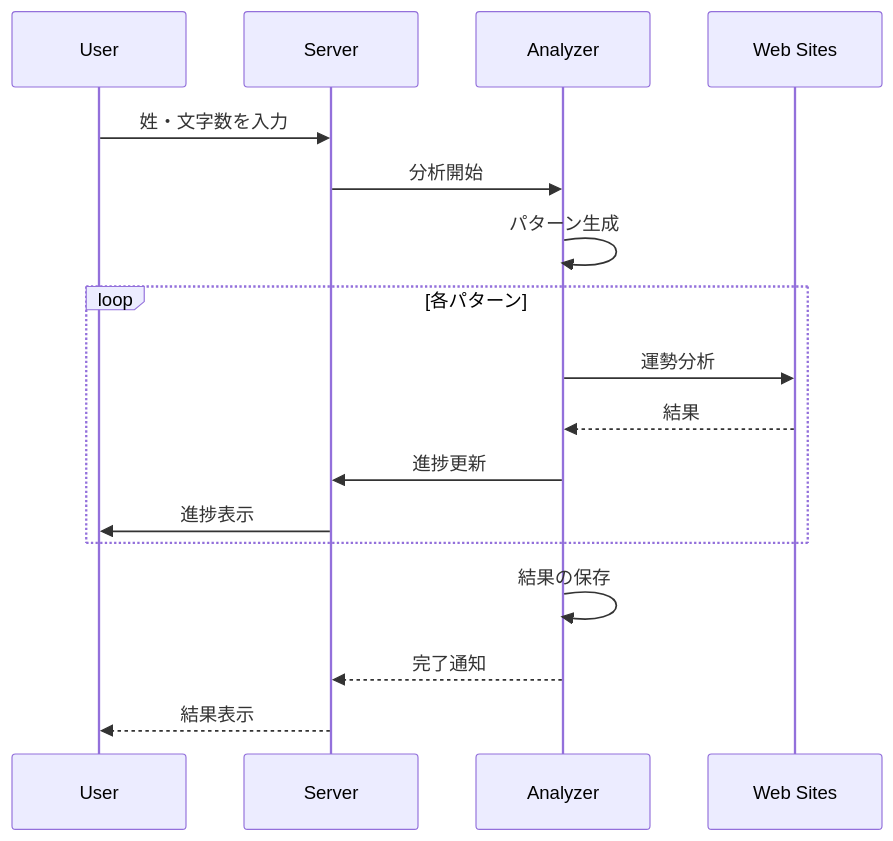
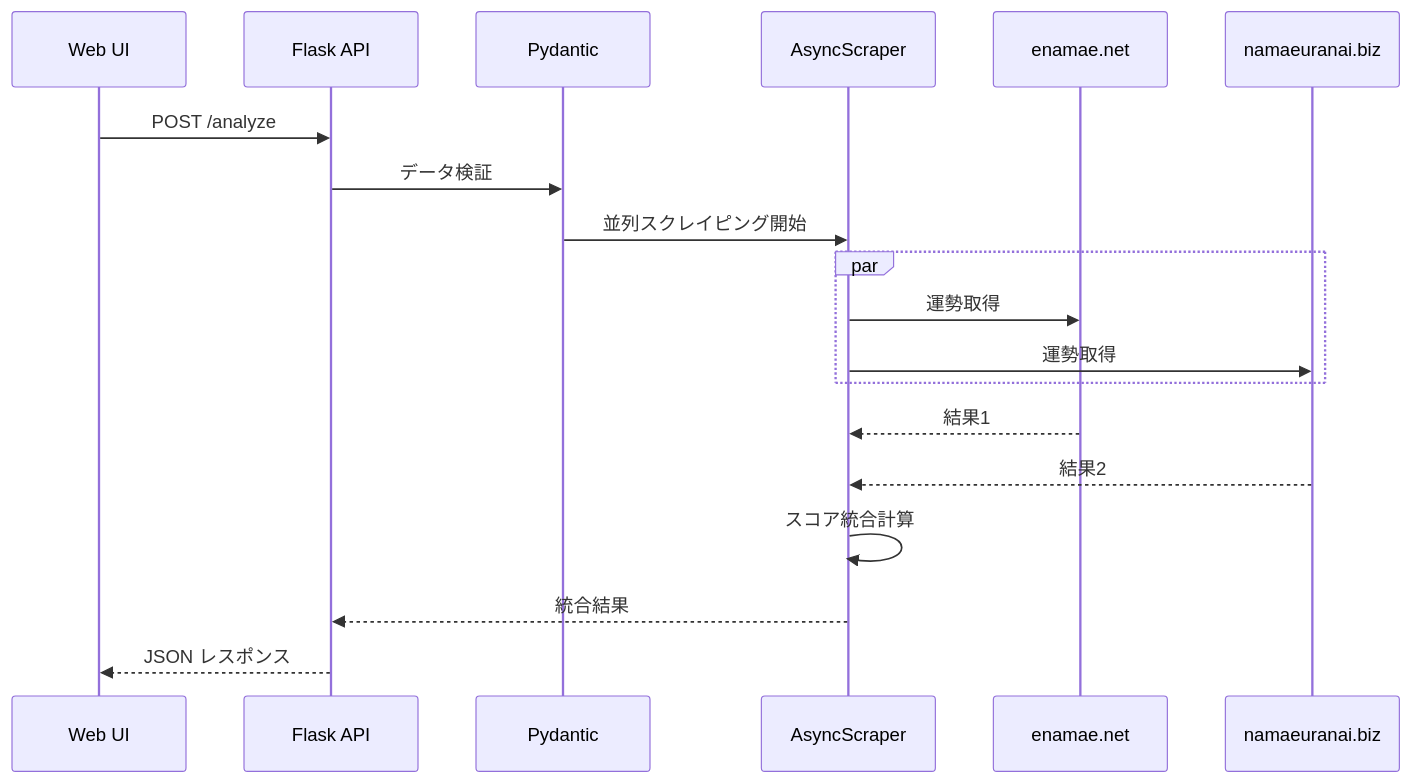
The second of 2 diagrams in docs/仕様書.md (santa928/nameFortuneJp), drawn with Mermaid before and after one commit. The commit also changed other lines of this file and 3 other files, not shown here.

````diff
--- a/docs/仕様書.md
+++ b/docs/仕様書.md
@@ -60,20 +79,22 @@
-   ```mermaid
-   sequenceDiagram
-       participant U as User
-       participant S as Server
-       participant A as Analyzer
-       participant W as Web Sites
-       
-       U->>S: 姓・文字数を入力
-       S->>A: 分析開始
-       A->>A: パターン生成
-       loop 各パターン
-           A->>W: 運勢分析
-           W-->>A: 結果
-           A->>S: 進捗更新
-           S->>U: 進捗表示
-       end
-       A->>A: 結果の保存
-       A-->>S: 完了通知
-       S-->>U: 結果表示
-   ```
+```mermaid
+sequenceDiagram
+    participant UI as Web UI
+    participant API as Flask API
+    participant VAL as Pydantic
+    participant SC as AsyncScraper
+    participant E1 as enamae.net
+    participant E2 as namaeuranai.biz
+    
+    UI->>API: POST /analyze
+    API->>VAL: データ検証
+    VAL->>SC: 並列スクレイピング開始
+    par
+        SC->>E1: 運勢取得
+        SC->>E2: 運勢取得
+    end
+    E1-->>SC: 結果1
+    E2-->>SC: 結果2
+    SC->>SC: スコア統合計算
+    SC-->>API: 統合結果
+    API-->>UI: JSON レスポンス
+```
````
